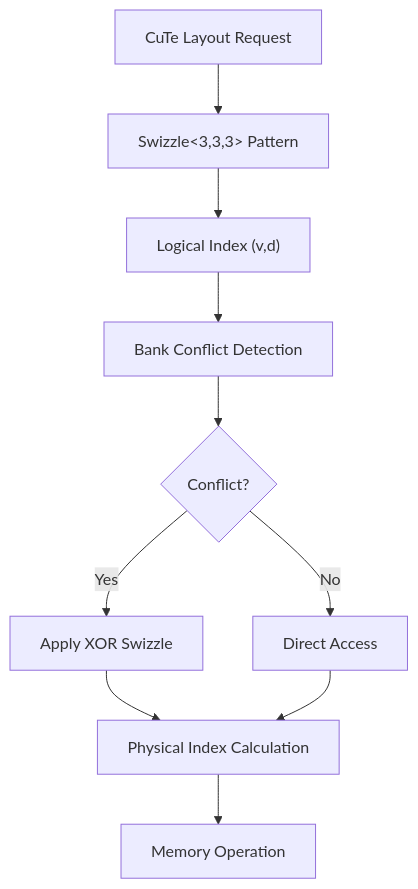
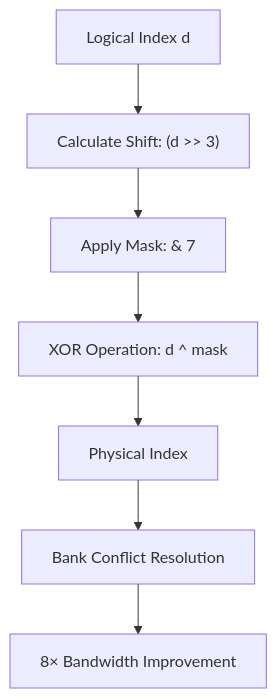
Before and after one commit to gugudeshubao/flashinfer-bench-tma-thrust: the fifth of 11 diagrams in .qoder/repowiki/en/content/Optimization Strategies.md, drawn with Mermaid. The commit also changed other lines of this file and 3 other files, not shown here.

````diff
--- a/.qoder/repowiki/en/content/Optimization Strategies.md
+++ b/.qoder/repowiki/en/content/Optimization Strategies.md
@@ -364,12 +393,9 @@
 ```mermaid
 flowchart TD
-A["CuTe Layout Request"] --> B["Swizzle<3,3,3> Pattern"]
-B --> C["Logical Index (v,d)"]
-C --> D["Bank Conflict Detection"]
-D --> E{"Conflict?"}
-E --> |Yes| F["Apply XOR Swizzle"]
-E --> |No| G["Direct Access"]
-F --> H["Physical Index Calculation"]
-G --> H
-H --> I["Memory Operation"]
+A["Logical Index d"] --> B["Calculate Shift: (d >> 3)"]
+B --> C["Apply Mask: & 7"]
+C --> D["XOR Operation: d ^ mask"]
+D --> E["Physical Index"]
+E --> F["Bank Conflict Resolution"]
+F --> G["8× Bandwidth Improvement"]
 ```
````
